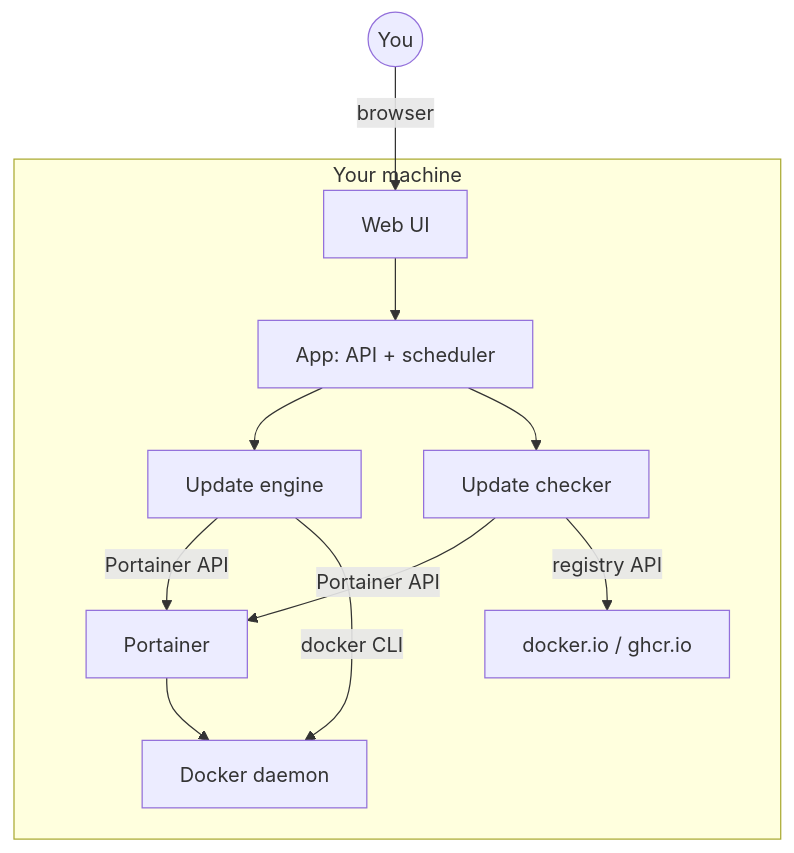
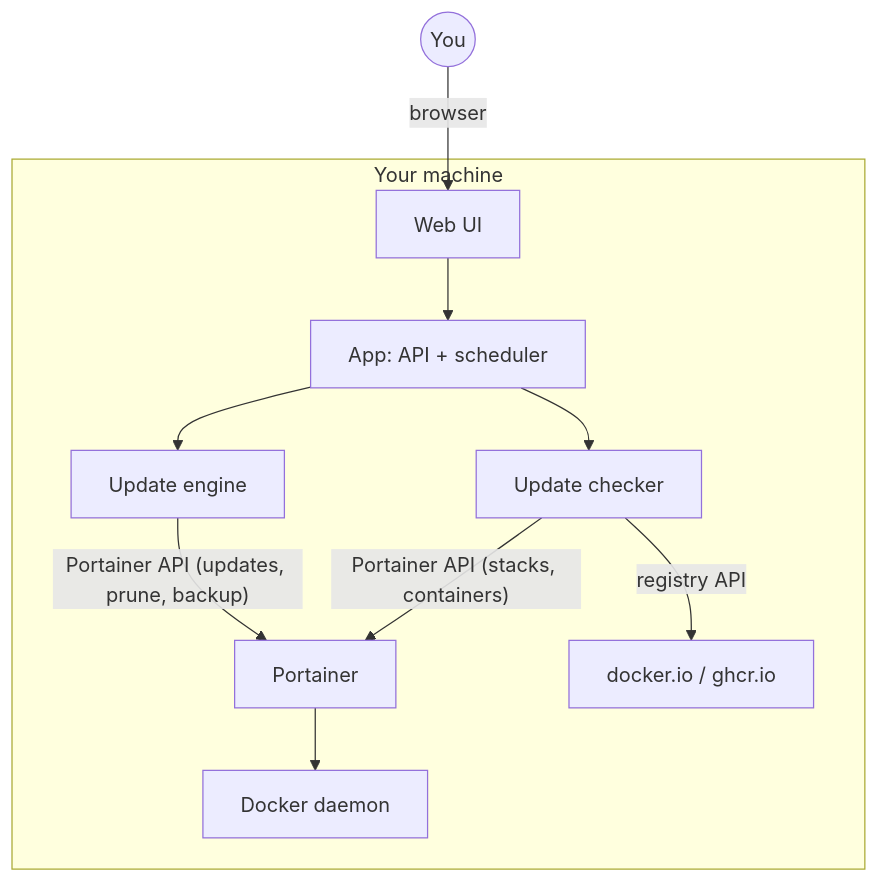
The first of 3 diagrams in README.md (joshmadison/Portainer-Update-Service), drawn with Mermaid before and after one commit. The commit also changed other lines of this file and 1 other file, not shown here.

````diff
--- a/README.md
+++ b/README.md
@@ -191,22 +193,21 @@
 ```mermaid
 graph TB
     subgraph Host["Your machine"]
         UI["Web UI"]
         APP["App: API + scheduler"]
         ENG["Update engine"]
         CHK["Update checker"]
         PTA["Portainer"]
         MAN["Docker daemon"]
         REG["docker.io / ghcr.io"]
     end
     USER(("You"))
     USER -->|"browser"| UI
     UI --> APP
     APP --> ENG
     APP --> CHK
-    ENG -->|"Portainer API"| PTA
-    CHK -->|"Portainer API"| PTA
+    ENG -->|"Portainer API (updates, prune, backup)"| PTA
+    CHK -->|"Portainer API (stacks, containers)"| PTA
     CHK -->|"registry API"| REG
     PTA --> MAN
-    ENG -->|"docker CLI"| MAN
 ```
````
